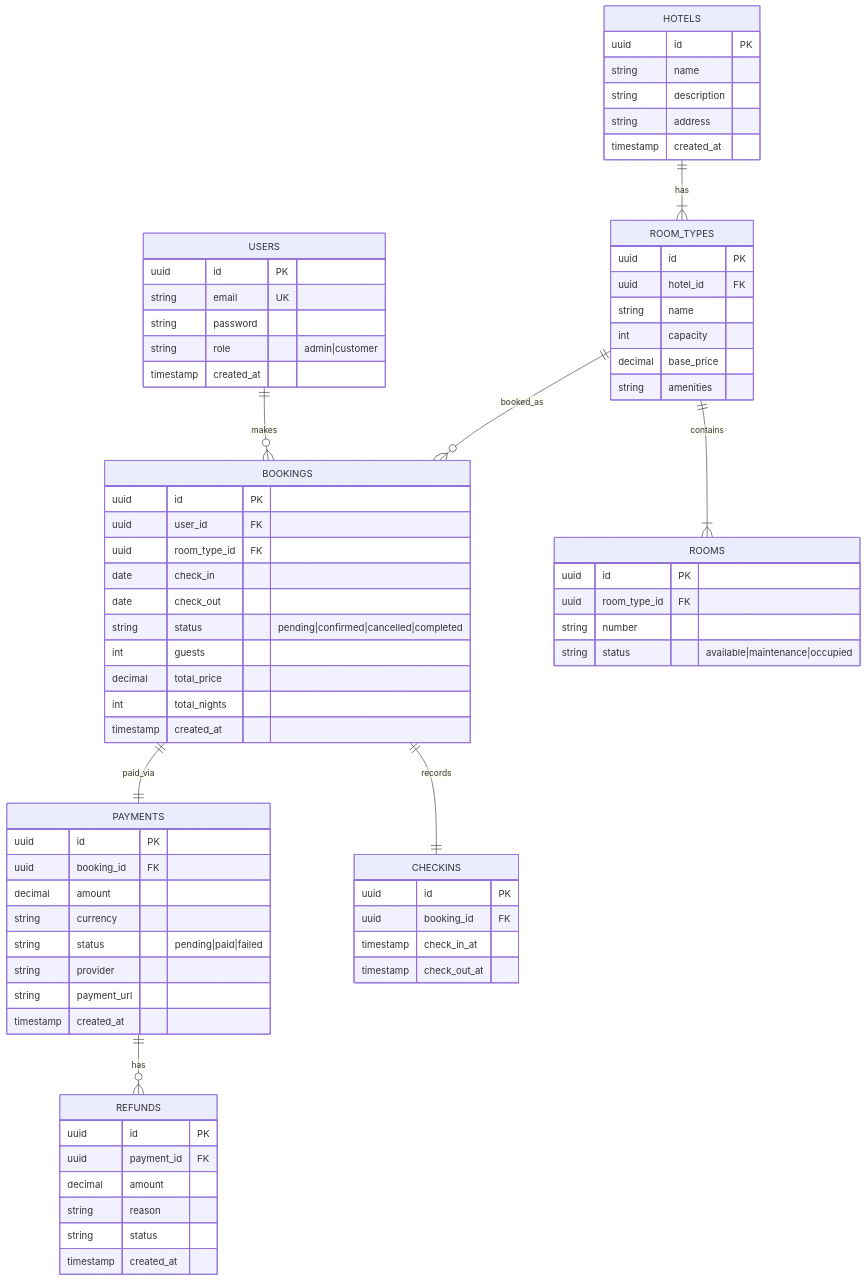
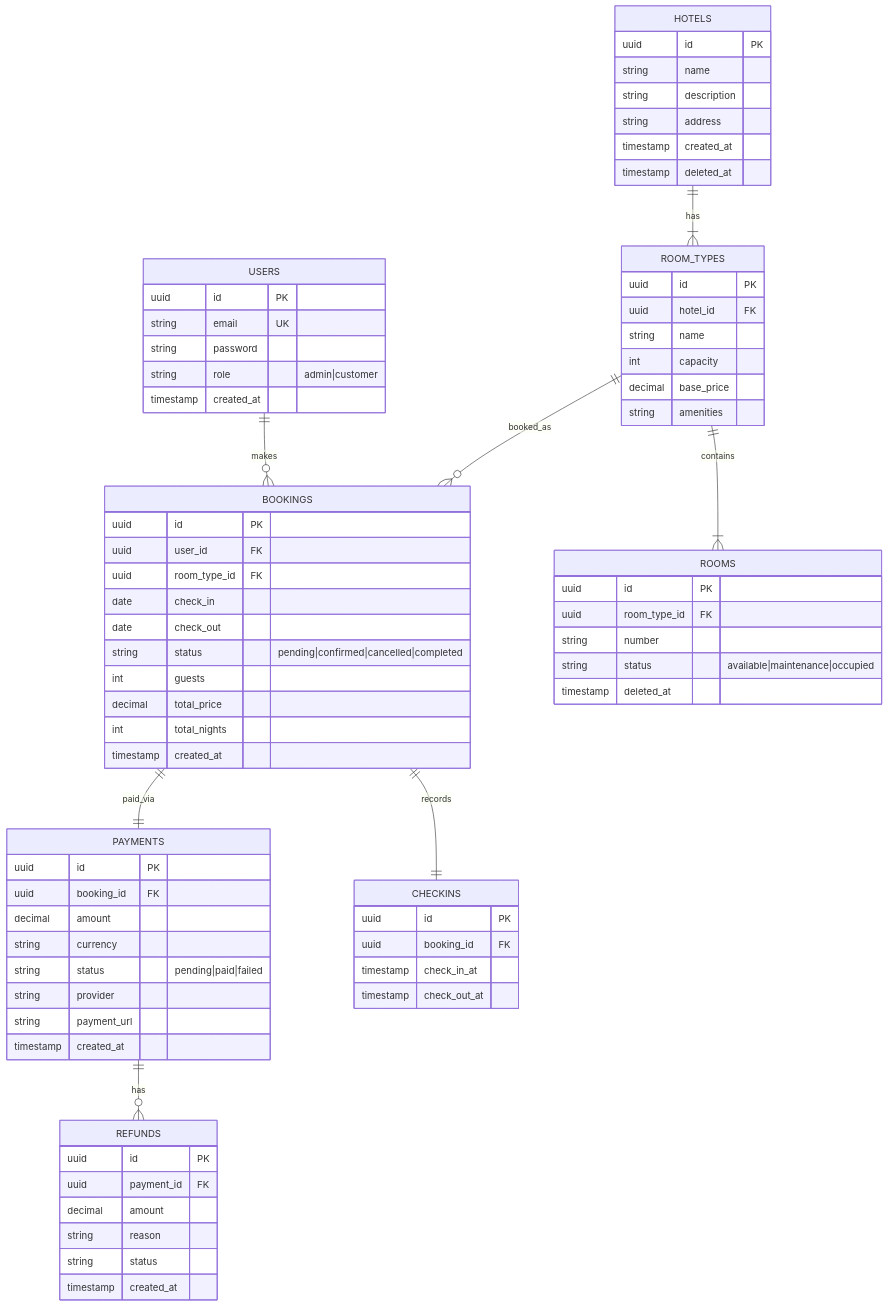
One commit to ftryyln/hotel-booking-ddd-microservices changed the diagram in docs/ERD.md. Above: the diagram before and after it, drawn with Mermaid.

Commit message:
docs: update ERD.md with deleted_at columns for soft delete

```diff
--- a/docs/ERD.md
+++ b/docs/ERD.md
@@ -21,6 +21,7 @@
         string description
         string address
         timestamp created_at
+        timestamp deleted_at
     }
 
     ROOM_TYPES ||--|{ ROOMS : "contains"
@@ -39,6 +40,7 @@
         uuid room_type_id FK
         string number
         string status "available|maintenance|occupied"
+        timestamp deleted_at
     }
 
     %% Booking Lifecycle
```
